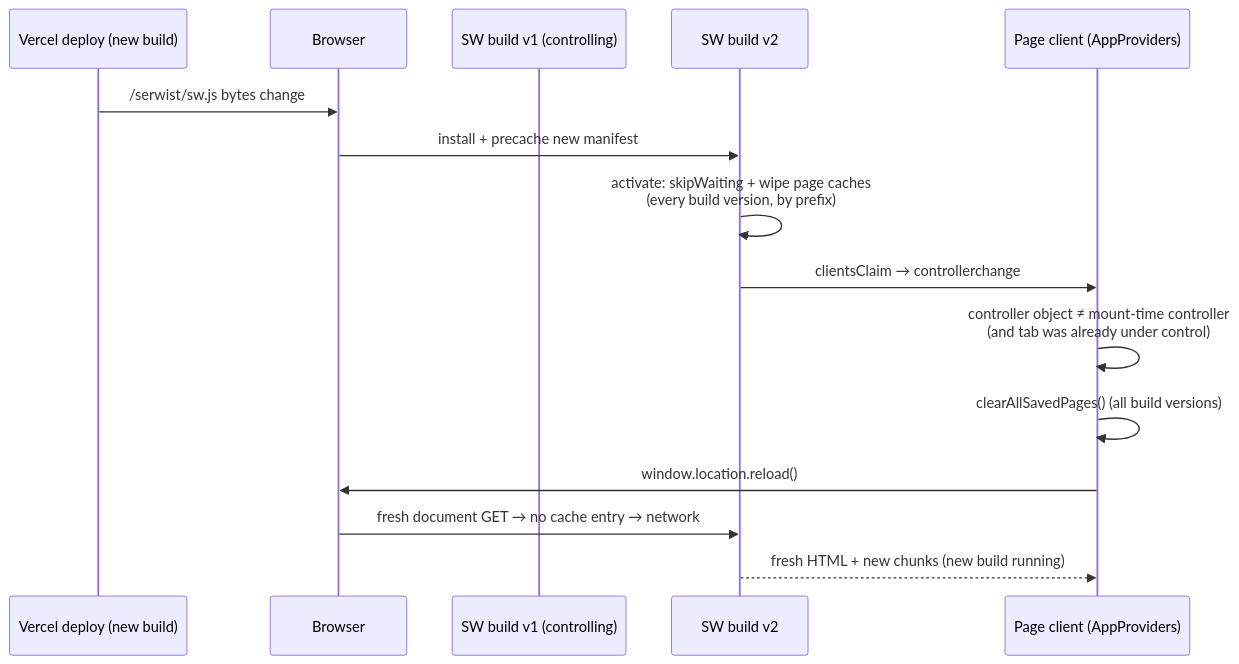
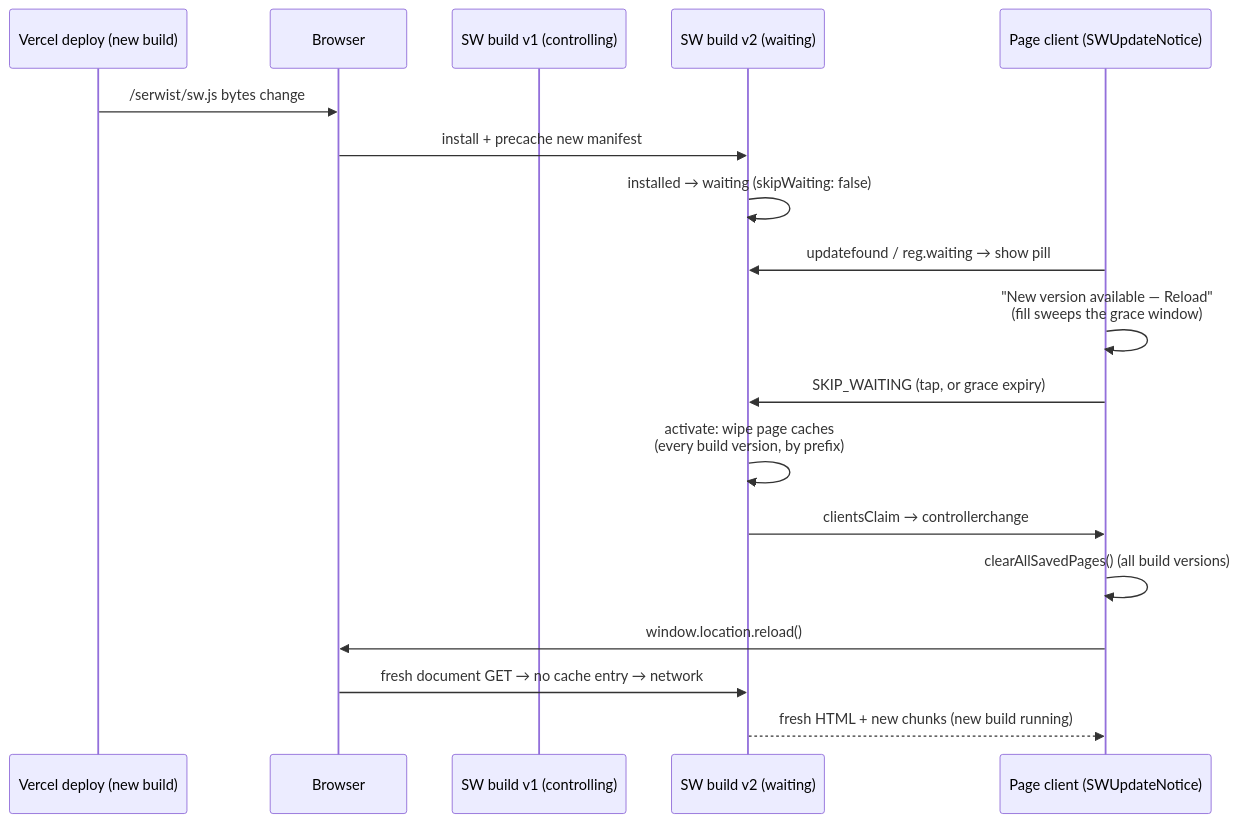
Before and after one commit to oncloudnintynineone-source/cloudy2: the fourth of 6 diagrams in docs/pwa-offline.md, drawn with Mermaid. The commit also changed other lines of this file and 11 other files, not shown here.

Commit message:
feat(pwa): show Update-available reload pill for waiting SW builds

````diff
--- a/docs/pwa-offline.md
+++ b/docs/pwa-offline.md
@@ -262,18 +265,21 @@
 ```mermaid
 sequenceDiagram
  participant D as Vercel deploy (new build)
  participant B as Browser
  participant V1 as SW build v1 (controlling)
- participant V2 as SW build v2
- participant C as Page client (AppProviders)
+ participant V2 as SW build v2 (waiting)
+ participant C as Page client (SWUpdateNotice)
 
  D->>B: /serwist/sw.js bytes change
  B->>V2: install + precache new manifest
- V2->>V2: activate: skipWaiting + wipe page caches<br/>(every build version, by prefix)
+ V2->>V2: installed → waiting (skipWaiting: false)
+ C->>V2: updatefound / reg.waiting → show pill
+ C->>C: "New version available — Reload"<br/>(fill sweeps the grace window)
+ C->>V2: SKIP_WAITING (tap, or grace expiry)
+ V2->>V2: activate: wipe page caches<br/>(every build version, by prefix)
  V2->>C: clientsClaim → controllerchange
- C->>C: controller object ≠ mount-time controller<br/>(and tab was already under control)
  C->>C: clearAllSavedPages() (all build versions)
  C->>B: window.location.reload()
  B->>V2: fresh document GET → no cache entry → network
  V2-->>C: fresh HTML + new chunks (new build running)
 ```
````
